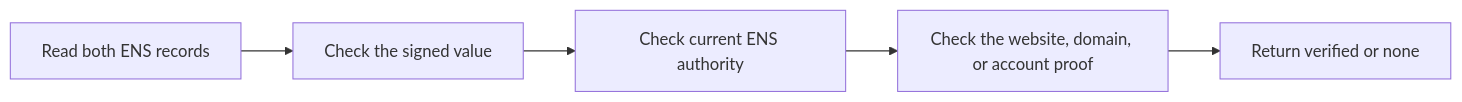
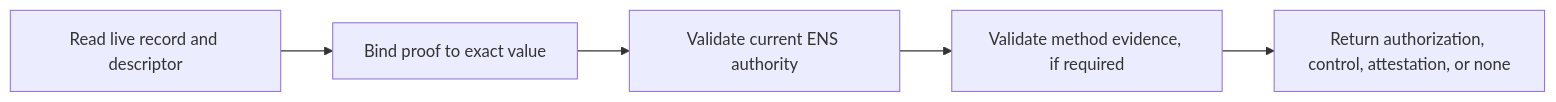
The diagram in apps/web/src/pages/docs/spec/overview.mdx (envoy1084/ensip-verification), drawn with Mermaid before and after one commit. The commit also changed other lines of this file and 16 other files, not shown here.

````diff
--- a/apps/web/src/pages/docs/spec/overview.mdx
+++ b/apps/web/src/pages/docs/spec/overview.mdx
@@ -30,7 +33,7 @@
 ```mermaid
 flowchart LR
-  A["Read both ENS records"] --> B["Check the signed value"]
-  B --> C["Check current ENS authority"]
-  C --> D["Check the website, domain, or account proof"]
-  D --> E["Return verified or none"]
+  A["Read live record and descriptor"] --> B["Bind proof to exact value"]
+  B --> C["Validate current ENS authority"]
+  C --> D["Validate method evidence, if required"]
+  D --> E["Return authorization, control, attestation, or none"]
 ```
````
